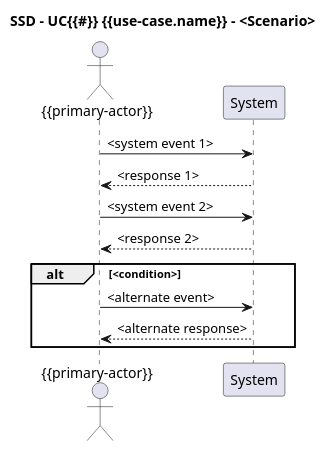
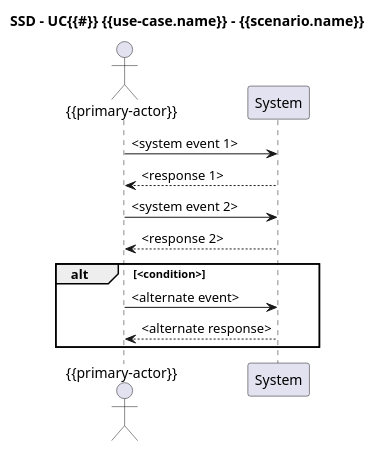
The diagram in .copilot/skills/storage/openspec/schemas/default/templates/system-sequence-diagram.md (js-rom/Luis), drawn with PlantUML before and after one commit. The commit also changed other lines of this file, not shown here.

Commit message:
enhance ssd

````diff
--- a/.copilot/skills/storage/openspec/schemas/default/templates/system-sequence-diagram.md
+++ b/.copilot/skills/storage/openspec/schemas/default/templates/system-sequence-diagram.md
@@ -10,22 +12,22 @@
 ```plantuml
 @startuml
-title SSD - UC{{#}} {{use-case.name}} - <Scenario>
+title SSD - UC{{#}} {{use-case.name}} - {{scenario.name}}
 
 actor "{{primary-actor}}" as Actor
 participant "System" as System
 
 ' Messages must map to scenario steps in order
 Actor -> System: <system event 1>
 System --> Actor: <response 1>
 
 Actor -> System: <system event 2>
 System --> Actor: <response 2>
 
 ' Optional alternate/exception path
 alt <condition>
 	Actor -> System: <alternate event>
 	System --> Actor: <alternate response>
 end
 
 @enduml
 ```
````
